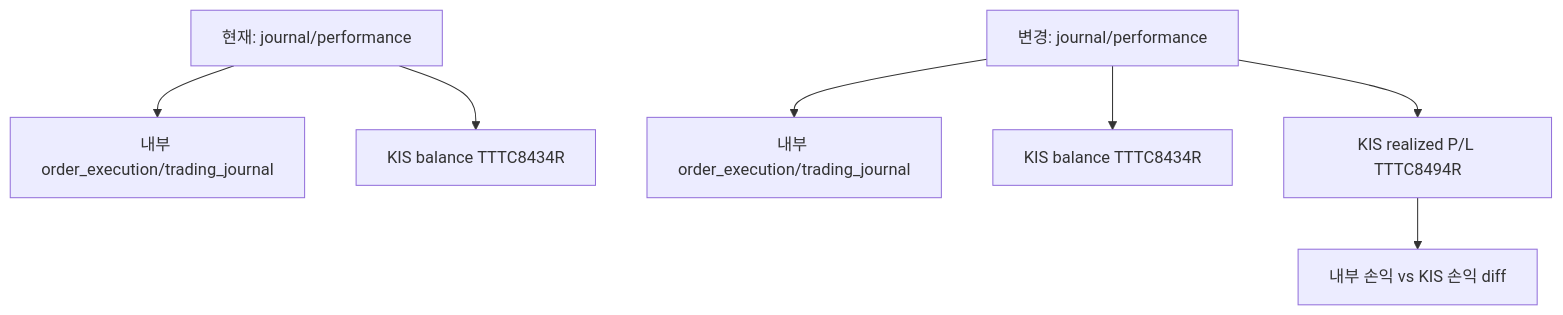
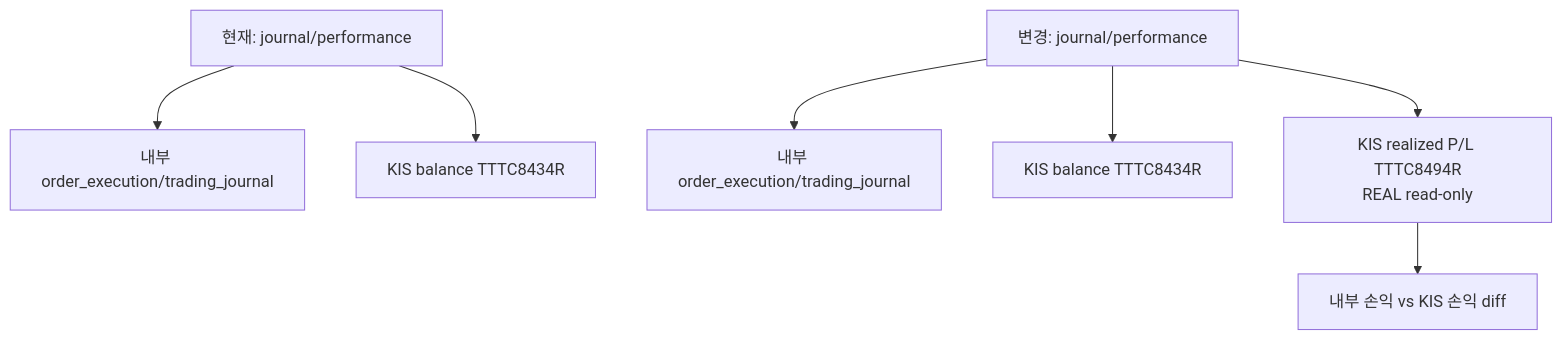
One commit to sp-daewoon/magicJar changed the eighth of 9 diagrams in docs/operations/kis-api-mcp-adoption-plan.md. Above: the diagram before and after it, drawn with Mermaid. The commit also changed other lines of this file and 4 other files, not shown here.

Commit message:
feat(kis): add realized profit adapter

````diff
--- a/docs/operations/kis-api-mcp-adoption-plan.md
+++ b/docs/operations/kis-api-mcp-adoption-plan.md
@@ -230,10 +230,10 @@
 ```mermaid
 flowchart TD
     A["현재: journal/performance"] --> B["내부 order_execution/trading_journal"]
     A --> C["KIS balance TTTC8434R"]
 
     A2["변경: journal/performance"] --> B2["내부 order_execution/trading_journal"]
     A2 --> C2["KIS balance TTTC8434R"]
-    A2 --> Pnl["KIS realized P/L TTTC8494R"]
+    A2 --> Pnl["KIS realized P/L TTTC8494R<br/>REAL read-only"]
     Pnl --> Diff["내부 손익 vs KIS 손익 diff"]
 ```
````
